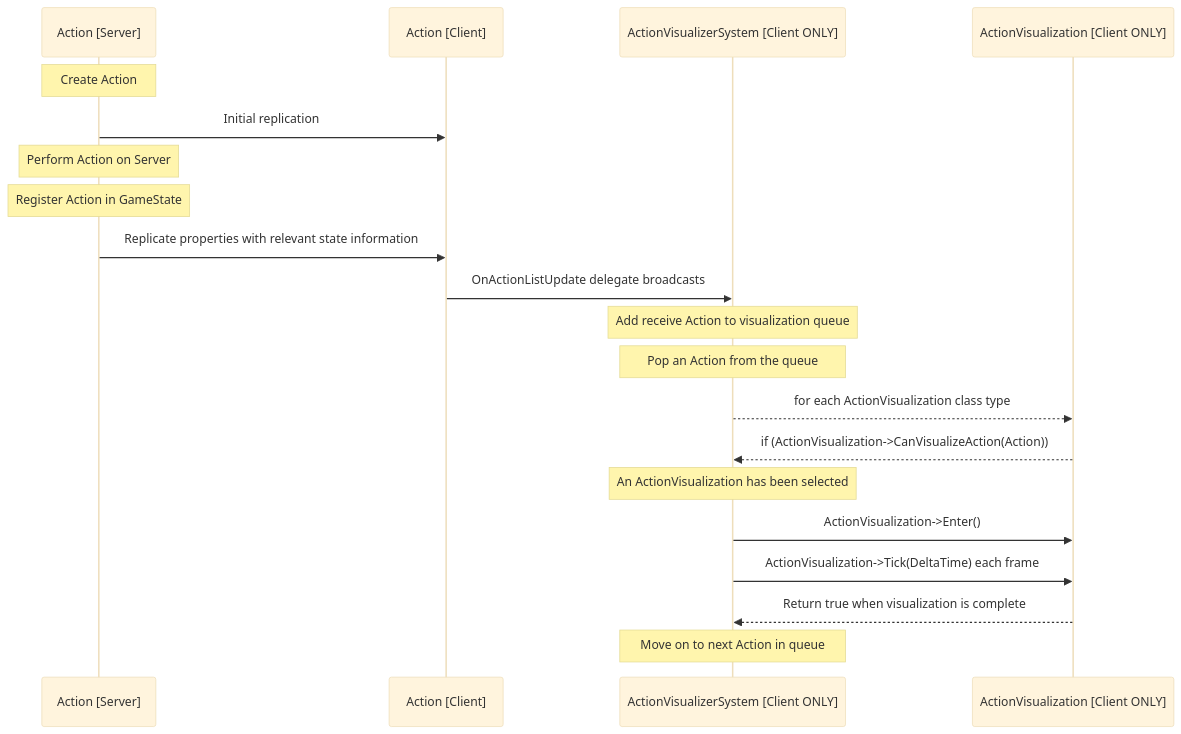
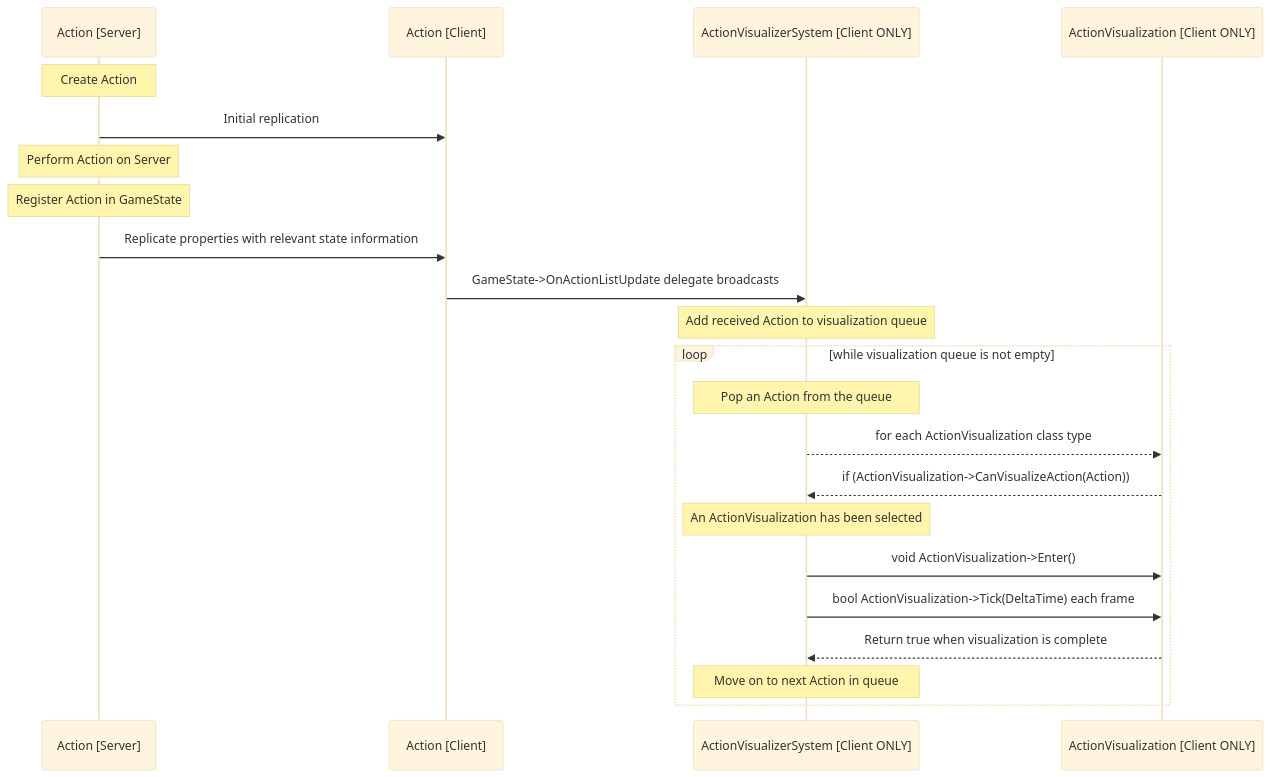
Before and after one commit to AntonHedlundFG/GraduationProject: the second of 2 diagrams in Docs/Report/Anton/ReportDraft.md, drawn with Mermaid (base theme).

````diff
--- a/Docs/Report/Anton/ReportDraft.md
+++ b/Docs/Report/Anton/ReportDraft.md
@@ -216,24 +216,26 @@
 ```mermaid
 sequenceDiagram
 
 participant AS as Action [Server]
 participant AC as Action [Client]
 participant AVS as ActionVisualizerSystem [Client ONLY]
 participant AV as ActionVisualization [Client ONLY]
 
 note over AS: Create Action
 AS->>AC: Initial replication
 note over AS: Perform Action on Server
 note over AS: Register Action in GameState
 AS->>AC: Replicate properties with relevant state information
-AC->>AVS: OnActionListUpdate delegate broadcasts
-note over AVS: Add receive Action to visualization queue
+AC->>AVS: GameState->OnActionListUpdate delegate broadcasts
+note over AVS: Add received Action to visualization queue
+loop while visualization queue is not empty
 note over AVS: Pop an Action from the queue
 AVS-->>AV: for each ActionVisualization class type
 AV-->>AVS: if (ActionVisualization->CanVisualizeAction(Action))
 note over AVS: An ActionVisualization has been selected
-AVS->>AV: ActionVisualization->Enter()
-AVS->>AV: ActionVisualization->Tick(DeltaTime) each frame
+AVS->>AV: void ActionVisualization->Enter()
+AVS->>AV: bool ActionVisualization->Tick(DeltaTime) each frame
 AV-->>AVS: Return true when visualization is complete
 note over AVS: Move on to next Action in queue
+end
 ```
````
